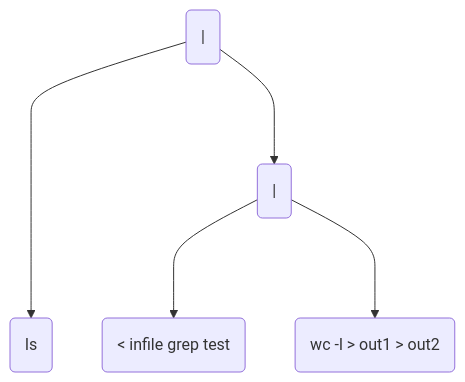
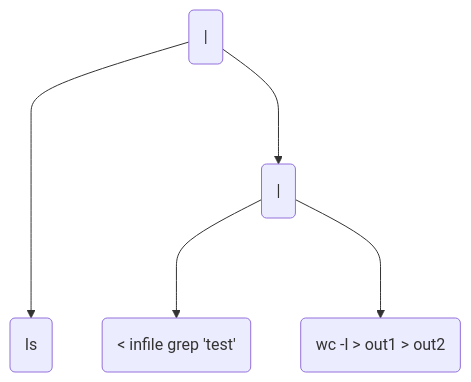
The third of 8 diagrams in src/assets/articles/Minishell.md (tmazitov/profile), drawn with Mermaid before and after one commit. The commit also changed other lines of this file and 1 other file, not shown here.

````diff
--- a/src/assets/articles/Minishell.md
+++ b/src/assets/articles/Minishell.md
@@ -119,9 +112,9 @@
 ```mermaid
 flowchart TD
 
 A("|"):::focus -----> B(ls)
 A ---> C("|"):::focus
-C ---> D("< infile grep test")
+C ---> D("< infile grep 'test'")
 C ---> F("wc -l > out1 > out2")
 
 ```
````
